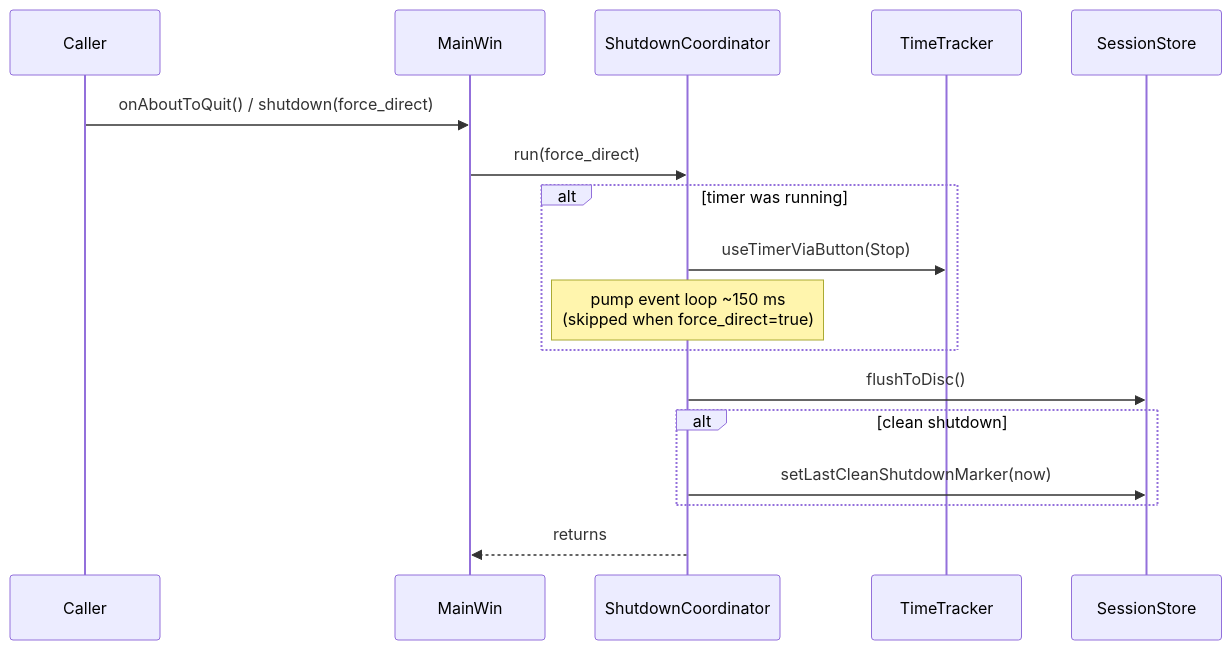
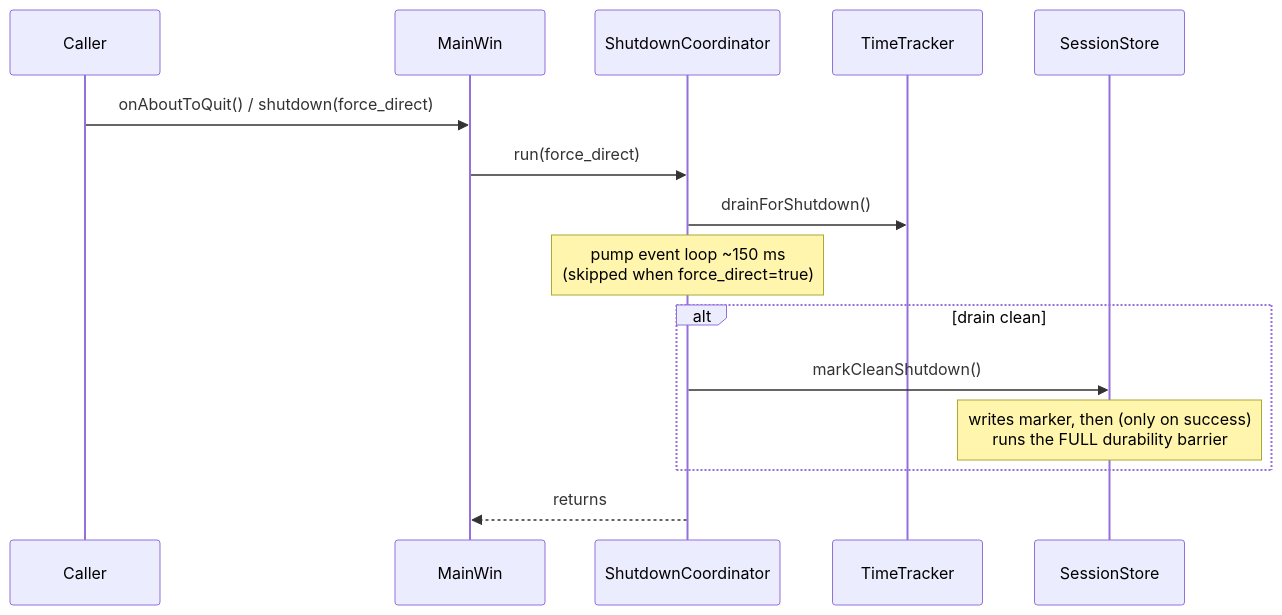
One commit to marifoo/PausePilot changed the second of 2 diagrams in doc/runtime-behaviour.md. Above: the diagram before and after it, drawn with Mermaid. The commit also changed other lines of this file and 21 other files, not shown here.

First line of the commit message:
D6: make clean marking one durable shutdown/store operation

````diff
--- a/doc/runtime-behaviour.md
+++ b/doc/runtime-behaviour.md
@@ -111,20 +111,18 @@
 ```mermaid
 sequenceDiagram
     participant Caller
     participant MW as MainWin
     participant SC as ShutdownCoordinator
     participant T as TimeTracker
     participant S as SessionStore
 
     Caller->>MW: onAboutToQuit() / shutdown(force_direct)
     MW->>SC: run(force_direct)
-    alt timer was running
-        SC->>T: useTimerViaButton(Stop)
-        Note over SC: pump event loop ~150 ms<br/>(skipped when force_direct=true)
-    end
-    SC->>S: flushToDisc()
-    alt clean shutdown
-        SC->>S: setLastCleanShutdownMarker(now)
+    SC->>T: drainForShutdown()
+    Note over SC: pump event loop ~150 ms<br/>(skipped when force_direct=true)
+    alt drain clean
+        SC->>S: markCleanShutdown()
+        Note over S: writes marker, then (only on success)<br/>runs the FULL durability barrier
     end
     SC-->>MW: returns
 ```
````
